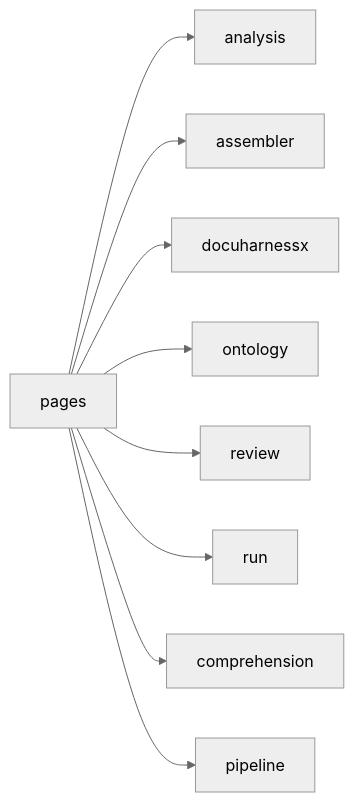
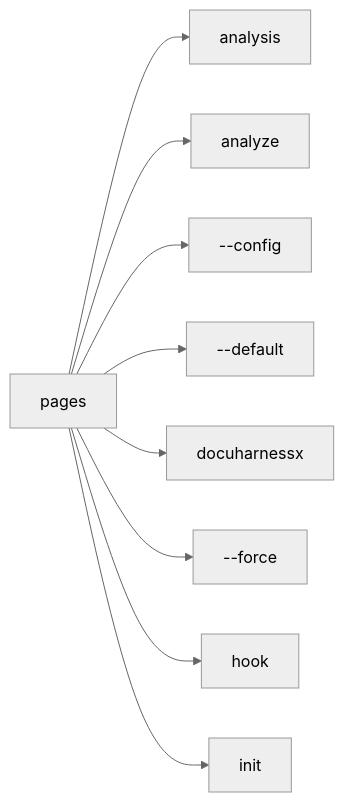
Diagram 22 of 30 in docs/glossary.md (norandom/DocuHarnessX), drawn with Mermaid (neutral theme) before and after one commit. The commit also changed other lines of this file and 12 other files, not shown here.

First line of the commit message:
fix(comprehension-visuals): storyteller home at default depth

````diff
--- a/docs/glossary.md
+++ b/docs/glossary.md
@@ -802,20 +814,20 @@
 ```mermaid
 flowchart LR
   here["pages"]
   r0["analysis"]
   here --> r0
-  r1["assembler"]
+  r1["analyze"]
   here --> r1
-  r2["docuharnessx"]
+  r2["--config"]
   here --> r2
-  r3["ontology"]
+  r3["--default"]
   here --> r3
-  r4["review"]
+  r4["docuharnessx"]
   here --> r4
-  r5["run"]
+  r5["--force"]
   here --> r5
-  r6["comprehension"]
+  r6["hook"]
   here --> r6
-  r7["pipeline"]
+  r7["init"]
   here --> r7
 ```
````
